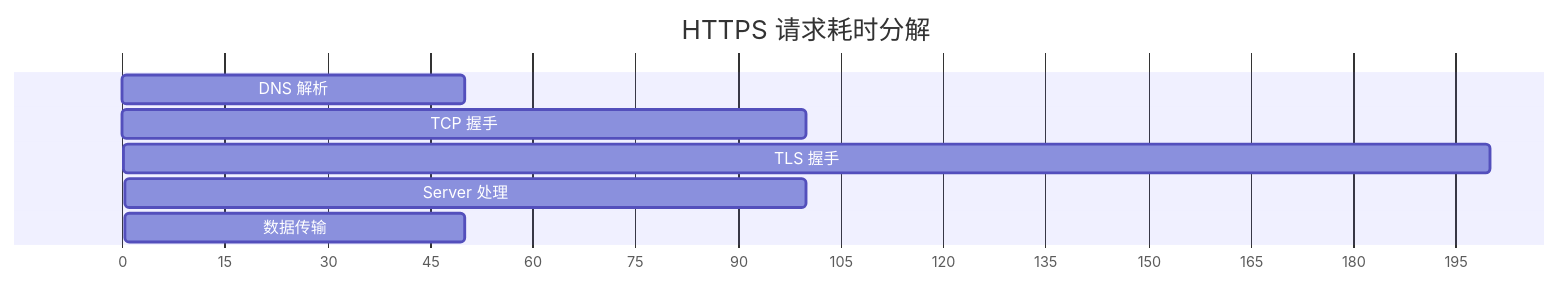
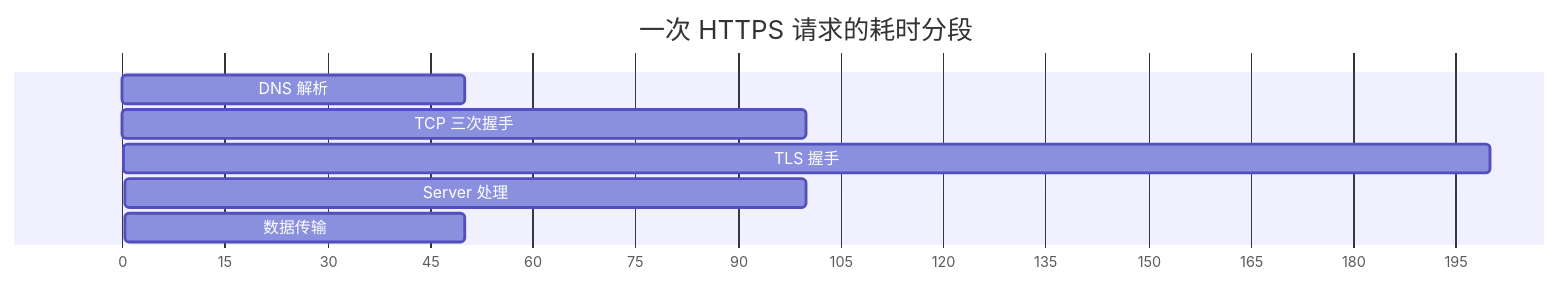
The seventh of 13 diagrams in docs/10.真经/05.方案设计思想/13.网络检测方案设计.md (chongyang211/YCBookBlog), drawn with Mermaid before and after one commit. The commit also changed other lines of this file and 36 other files, not shown here.

````diff
--- a/docs/10.真经/05.方案设计思想/13.网络检测方案设计.md
+++ b/docs/10.真经/05.方案设计思想/13.网络检测方案设计.md
@@ -402,12 +710,12 @@
 ```mermaid
 gantt
-    title HTTPS 请求耗时分解
+    title 一次 HTTPS 请求的耗时分段
     dateFormat X
     axisFormat %s
     
-    DNS 解析    :a, 0, 50
-    TCP 握手    :b, 50, 100
-    TLS 握手    :c, 150, 200
-    Server 处理 :d, 350, 100
-    数据传输    :e, 450, 50
+    DNS 解析     :a, 0, 50
+    TCP 三次握手 :b, 50, 100
+    TLS 握手     :c, 150, 200
+    Server 处理  :d, 350, 100
+    数据传输     :e, 450, 50
 ```
````
